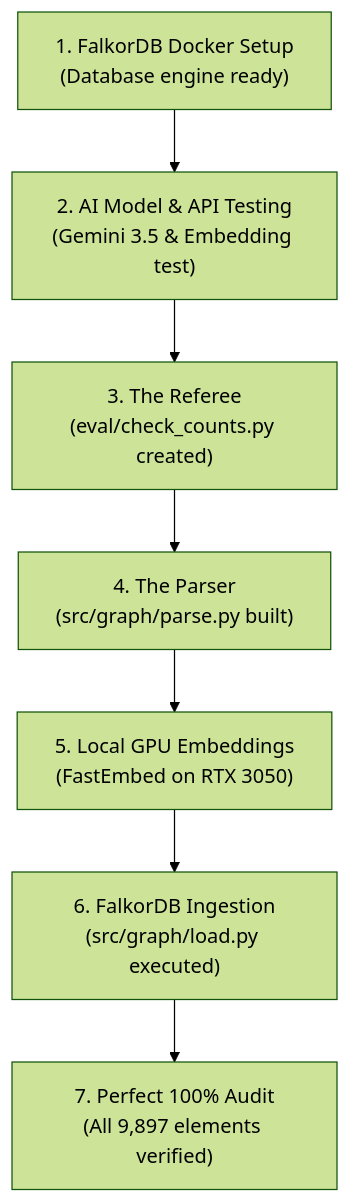
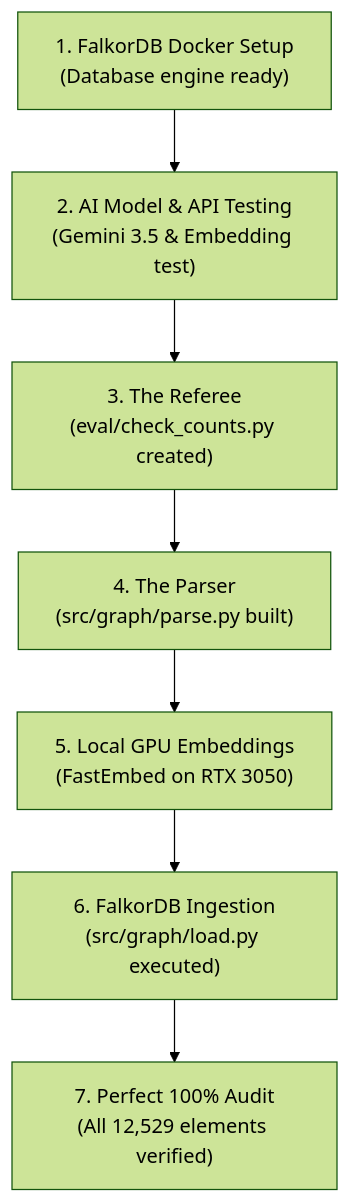
One commit to adityasarate/FalkorDB-knowledge-graph changed the second of 2 diagrams in walkthrough.md. Above: the diagram before and after it, drawn with Mermaid (forest theme). The commit also changed 1 other file, not shown here.

Commit message:
fix(docs): quote edge labels in mermaid diagram for GitHub renderer compatibility

````diff
--- a/walkthrough.md
+++ b/walkthrough.md
@@ -269,9 +269,9 @@
 ```mermaid
 flowchart TD
     S1["1. FalkorDB Docker Setup<br/>(Database engine ready)"] --> S2["2. AI Model & API Testing<br/>(Gemini 3.5 & Embedding test)"]
     S2 --> S3["3. The Referee<br/>(eval/check_counts.py created)"]
     S3 --> S4["4. The Parser<br/>(src/graph/parse.py built)"]
     S4 --> S5["5. Local GPU Embeddings<br/>(FastEmbed on RTX 3050)"]
     S5 --> S6["6. FalkorDB Ingestion<br/>(src/graph/load.py executed)"]
-    S6 --> S7["7. Perfect 100% Audit<br/>(All 9,897 elements verified)"]
+    S6 --> S7["7. Perfect 100% Audit<br/>(All 12,529 elements verified)"]
 ```
````
